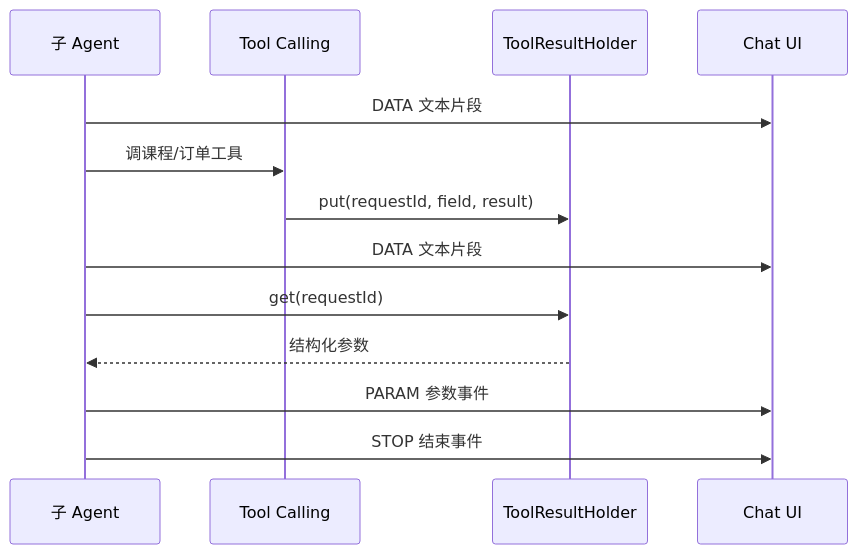
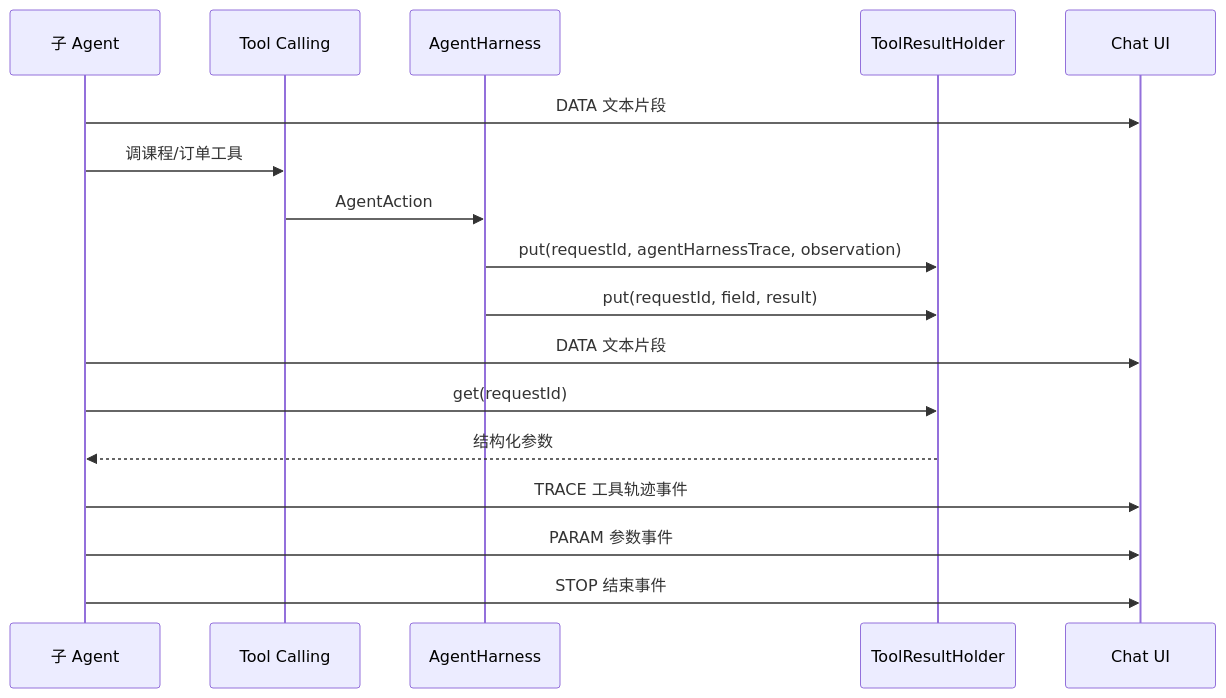
The diagram in docs/agent-design.md (however-yir/tianji-ai-agent), drawn with Mermaid before and after one commit. The commit also changed other lines of this file and 29 other files, not shown here.

Commit message:
Add governed agent harness

````diff
--- a/docs/agent-design.md
+++ b/docs/agent-design.md
@@ -63,16 +63,20 @@
 ```mermaid
 sequenceDiagram
     participant Agent as 子 Agent
     participant Tool as Tool Calling
+    participant Harness as AgentHarness
     participant Holder as ToolResultHolder
     participant Web as Chat UI
 
     Agent->>Web: DATA 文本片段
     Agent->>Tool: 调课程/订单工具
-    Tool->>Holder: put(requestId, field, result)
+    Tool->>Harness: AgentAction
+    Harness->>Holder: put(requestId, agentHarnessTrace, observation)
+    Harness->>Holder: put(requestId, field, result)
     Agent->>Web: DATA 文本片段
     Agent->>Holder: get(requestId)
     Holder-->>Agent: 结构化参数
+    Agent->>Web: TRACE 工具轨迹事件
     Agent->>Web: PARAM 参数事件
     Agent->>Web: STOP 结束事件
 ```
````
